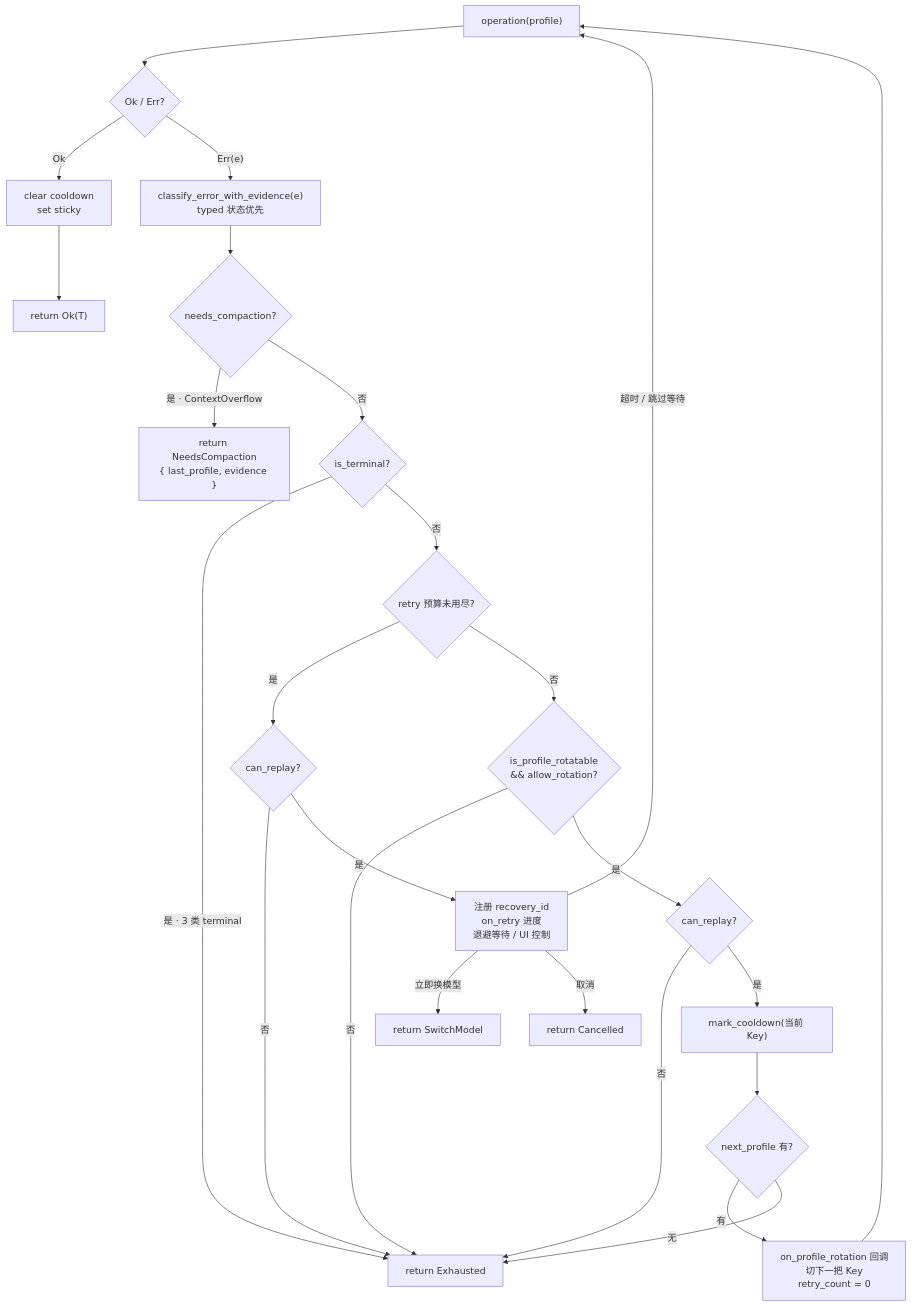
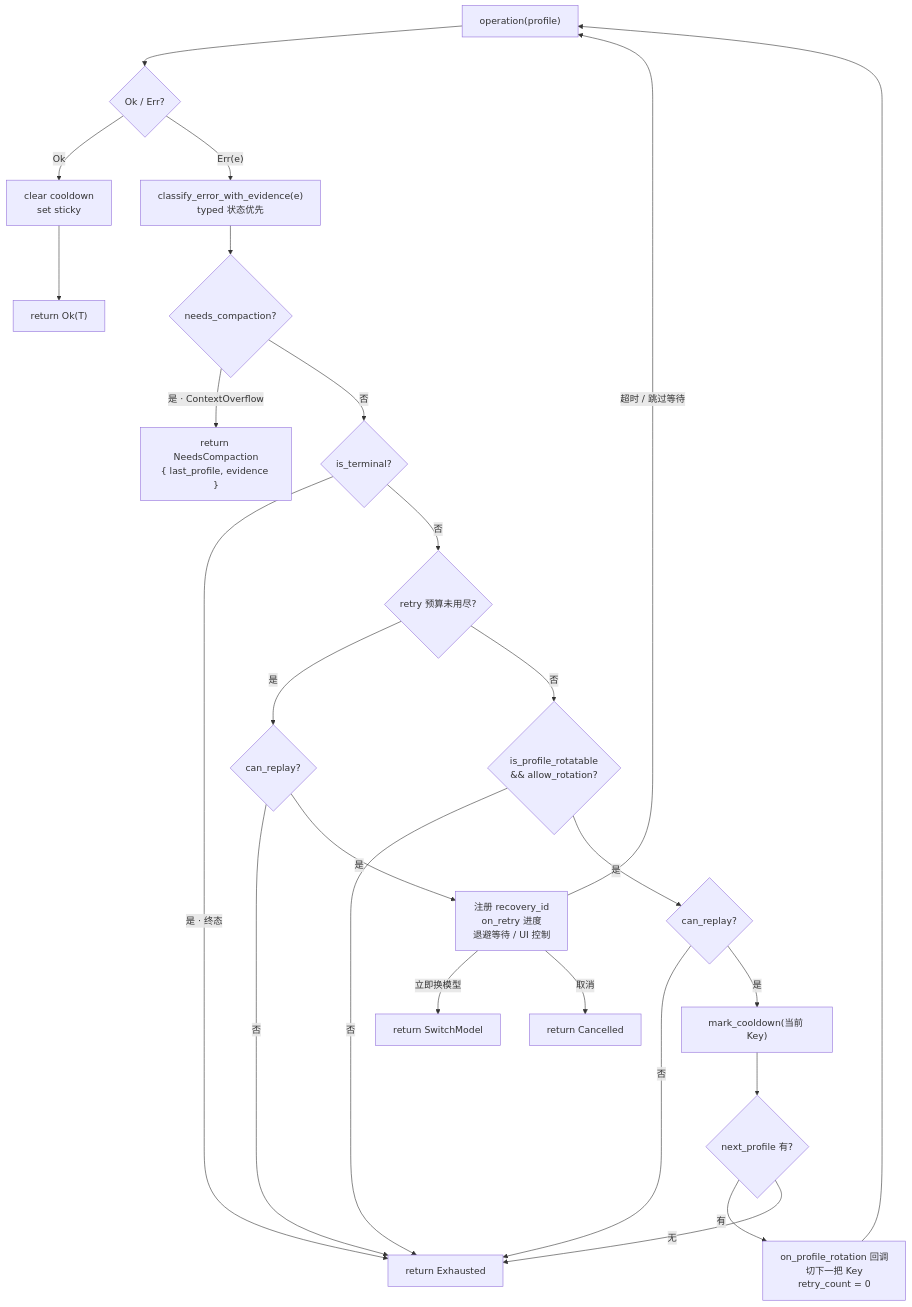
The second of 3 diagrams in docs/architecture/agent/failover.md (shiwenwen/hope-agent), drawn with Mermaid before and after one commit. The commit also changed other lines of this file and 53 other files, not shown here.

````diff
--- a/docs/architecture/agent/failover.md
+++ b/docs/architecture/agent/failover.md
@@ -91,28 +94,28 @@
 ```mermaid
 flowchart TD
     Start["operation(profile)"] --> Res{"Ok / Err?"}
     Res -- Ok --> Win["clear cooldown<br/>set sticky"] --> RetOk["return Ok(T)"]
 
     Res -- "Err(e)" --> Cls["classify_error_with_evidence(e)<br/>typed 状态优先"]
     Cls --> Comp{"needs_compaction?"}
     Comp -- "是 · ContextOverflow" --> NC["return NeedsCompaction<br/>{ last_profile, evidence }"]
     Comp -- 否 --> Term{"is_terminal?"}
-    Term -- "是 · 3 类 terminal" --> Exh["return Exhausted"]
+    Term -- "是 · 终态" --> Exh["return Exhausted"]
     Term -- 否 --> Budget{"retry 预算未用尽?"}
 
     Budget -- 是 --> Guard1{"can_replay?"}
     Guard1 -- 否 --> Exh
     Guard1 -- 是 --> Wait["注册 recovery_id<br/>on_retry 进度<br/>退避等待 / UI 控制"]
     Wait -- "超时 / 跳过等待" --> Start
     Wait -- 立即换模型 --> SW["return SwitchModel"]
     Wait -- 取消 --> Cxl["return Cancelled"]
 
     Budget -- 否 --> Rot{"is_profile_rotatable<br/>&& allow_rotation?"}
     Rot -- 否 --> Exh
     Rot -- 是 --> Guard2{"can_replay?"}
     Guard2 -- 否 --> Exh
     Guard2 -- 是 --> Mark["mark_cooldown(当前 Key)"]
     Mark --> Next{"next_profile 有?"}
     Next -- 有 --> Rotate["on_profile_rotation 回调<br/>切下一把 Key<br/>retry_count = 0"] --> Start
     Next -- 无 --> Exh
 ```
````
